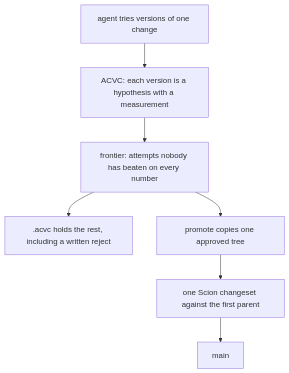
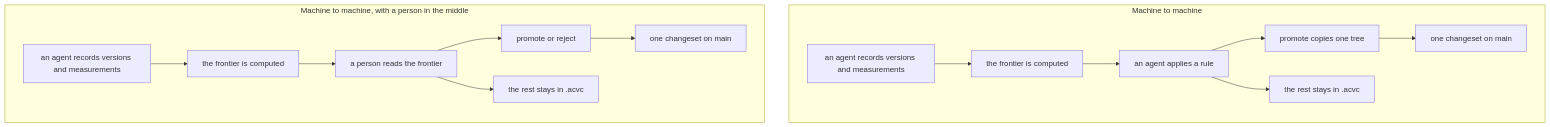
One commit to samuraisatoshi/acvc changed the diagram in PAPER.md. Above: the diagram before and after it, drawn with Mermaid. The commit also changed other lines of this file and 23 other files, not shown here.

````diff
--- a/PAPER.md
+++ b/PAPER.md
@@ -150,13 +146,19 @@
 ```mermaid
-flowchart TD
-  tries["agent tries versions of one change"]
-  campaign["ACVC: each version is a hypothesis with a measurement"]
-  frontier["frontier: attempts nobody has beaten on every number"]
-  aside[".acvc holds the rest, including a written reject"]
-  one["promote copies one approved tree"]
-  cs["one Scion changeset against the first parent"]
-  trunk["main"]
-  tries --> campaign --> frontier
-  frontier --> aside
-  frontier --> one --> cs --> trunk
+flowchart TB
+  subgraph auto ["Machine to machine"]
+    direction LR
+    a1["an agent records versions and measurements"] --> f1["the frontier is computed"]
+    f1 --> p1["an agent applies a rule"]
+    p1 --> g1["promote copies one tree"]
+    p1 --> r1["the rest stays in .acvc"]
+    g1 --> s1["one changeset on main"]
+  end
+  subgraph human ["Machine to machine, with a person in the middle"]
+    direction LR
+    a2["an agent records versions and measurements"] --> f2["the frontier is computed"]
+    f2 --> h2["a person reads the frontier"]
+    h2 --> g2["promote or reject"]
+    h2 --> r2["the rest stays in .acvc"]
+    g2 --> s2["one changeset on main"]
+  end
 ```
````
